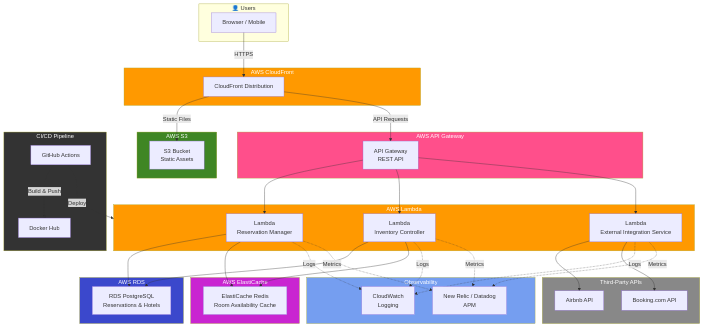
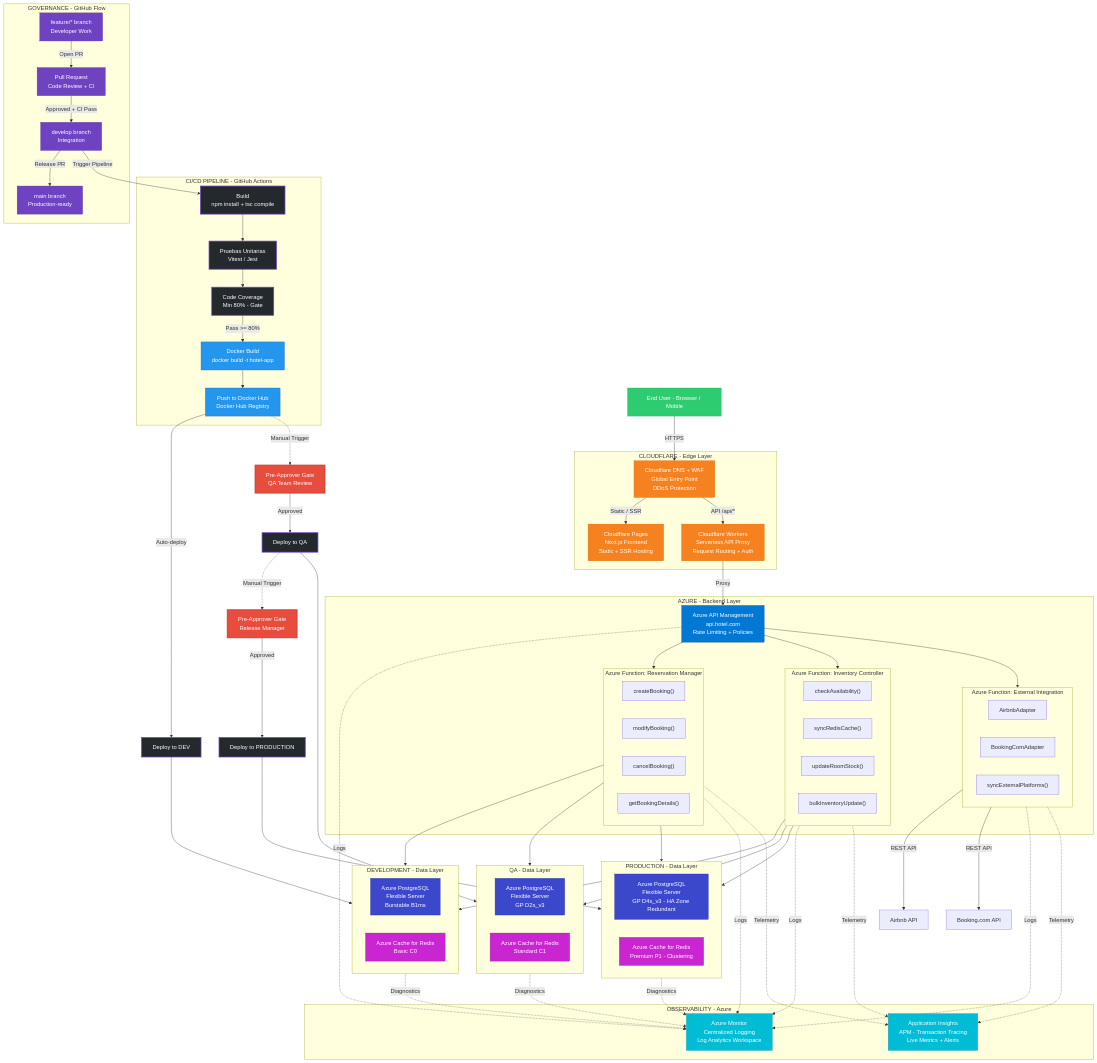
The diagram in docs/architecture-mermaid.md (Danieltlacuache/DevOps_Project), drawn with Mermaid before and after one commit. The commit also changed other lines of this file and 2 other files, not shown here.

Commit message:
design submission

````diff
--- a/docs/architecture-mermaid.md
+++ b/docs/architecture-mermaid.md
@@ -3,78 +13,131 @@
 ```mermaid
 graph TB
-    subgraph Users["👤 Users"]
-        Browser["Browser / Mobile"]
+    classDef azure fill:#0078d4,color:#fff,stroke:#005a9e,stroke-width:1px
+    classDef cf fill:#f6821f,color:#fff,stroke:#d4700e,stroke-width:1px
+    classDef db fill:#3b48cc,color:#fff,stroke:#2a35a0,stroke-width:1px
+    classDef cache fill:#c925d1,color:#fff,stroke:#9e1ea8,stroke-width:1px
+    classDef cicd fill:#24292e,color:#fff,stroke:#6f42c1,stroke-width:2px
+    classDef gate fill:#e74c3c,color:#fff,stroke:#c0392b,stroke-width:2px
+    classDef obs fill:#00bcd4,color:#fff,stroke:#0097a7,stroke-width:1px
+    classDef git fill:#6f42c1,color:#fff,stroke:#5a32a3,stroke-width:1px
+    classDef user fill:#2ecc71,color:#fff,stroke:#27ae60,stroke-width:1px
+    classDef docker fill:#2496ed,color:#fff,stroke:#1a6fb5,stroke-width:1px
+
+    EndUser["End User - Browser / Mobile"]:::user
+
+    subgraph EdgeLayer["CLOUDFLARE - Edge Layer"]
+        CFDNS["Cloudflare DNS + WAF<br/>Global Entry Point<br/>DDoS Protection"]:::cf
+        CFPages["Cloudflare Pages<br/>Next.js Frontend<br/>Static + SSR Hosting"]:::cf
+        CFWorkers["Cloudflare Workers<br/>Serverless API Proxy<br/>Request Routing + Auth"]:::cf
     end
 
-    subgraph CDN["AWS CloudFront"]
-        CF["CloudFront Distribution"]
+    EndUser -->|"HTTPS"| CFDNS
+    CFDNS -->|"Static / SSR"| CFPages
+    CFDNS -->|"API /api/*"| CFWorkers
+
+    subgraph BackendLayer["AZURE - Backend Layer"]
+        APIM["Azure API Management<br/>api.hotel.com<br/>Rate Limiting + Policies"]:::azure
+
+        subgraph FN_Reservation["Azure Function: Reservation Manager"]
+            FN_R1["createBooking()"]
+            FN_R2["modifyBooking()"]
+            FN_R3["cancelBooking()"]
+            FN_R4["getBookingDetails()"]
+        end
+
+        subgraph FN_Inventory["Azure Function: Inventory Controller"]
+            FN_I1["checkAvailability()"]
+            FN_I2["syncRedisCache()"]
+            FN_I3["updateRoomStock()"]
+            FN_I4["bulkInventoryUpdate()"]
+        end
+
+        subgraph FN_Integration["Azure Function: External Integration"]
+            FN_E1["AirbnbAdapter"]
+            FN_E2["BookingComAdapter"]
+            FN_E3["syncExternalPlatforms()"]
+        end
     end
 
-    subgraph Static["AWS S3"]
-        S3["S3 Bucket<br/>Static Assets"]
+    CFWorkers -->|"Proxy"| APIM
+    APIM --> FN_Reservation
+    APIM --> FN_Inventory
+    APIM --> FN_Integration
+    FN_Integration -->|"REST API"| ExtAirbnb["Airbnb API"]
+    FN_Integration -->|"REST API"| ExtBooking["Booking.com API"]
+
+    subgraph DevData["DEVELOPMENT - Data Layer"]
+        DevPG["Azure PostgreSQL<br/>Flexible Server<br/>Burstable B1ms"]:::db
+        DevRedis["Azure Cache for Redis<br/>Basic C0"]:::cache
     end
 
-    subgraph API["AWS API Gateway"]
-        APIGW["API Gateway<br/>REST API"]
+    subgraph QAData["QA - Data Layer"]
+        QAPG["Azure PostgreSQL<br/>Flexible Server<br/>GP D2s_v3"]:::db
+        QARedis["Azure Cache for Redis<br/>Standard C1"]:::cache
     end
 
-    subgraph Compute["AWS Lambda"]
-        L1["Lambda<br/>Reservation Manager"]
-        L2["Lambda<br/>Inventory Controller"]
-        L3["Lambda<br/>External Integration Service"]
+    subgraph ProdData["PRODUCTION - Data Layer"]
+        ProdPG["Azure PostgreSQL<br/>Flexible Server<br/>GP D4s_v3 - HA Zone Redundant"]:::db
+        ProdRedis["Azure Cache for Redis<br/>Premium P1 - Clustering"]:::cache
     end
 
-    subgraph Cache["AWS ElastiCache"]
-        Redis["ElastiCache Redis<br/>Room Availability Cache"]
+    FN_Reservation --> DevData
+    FN_Reservation --> QAData
+    FN_Reservation --> ProdData
+    FN_Inventory --> DevData
+    FN_Inventory --> QAData
+    FN_Inventory --> ProdData
+
+    subgraph Pipeline["CI/CD PIPELINE - GitHub Actions"]
+        P_Build["Build<br/>npm install + tsc compile"]:::cicd
+        P_Test["Pruebas Unitarias<br/>Vitest / Jest"]:::cicd
+        P_Coverage["Code Coverage<br/>Min 80% - Gate"]:::cicd
+        P_Docker["Docker Build<br/>docker build -t hotel-app"]:::docker
+        P_Push["Push to Docker Hub<br/>Docker Hub Registry"]:::docker
     end
 
-    subgraph Database["AWS RDS"]
-        RDS["RDS PostgreSQL<br/>Reservations & Hotels"]
+    P_Build --> P_Test
+    P_Test --> P_Coverage
+    P_Coverage -->|"Pass >= 80%"| P_Docker
+    P_Docker --> P_Push
+
+    P_Push -->|"Auto-deploy"| DeployDev["Deploy to DEV"]:::cicd
+    P_Push -.->|"Manual Trigger"| GateQA
+    GateQA["Pre-Approver Gate<br/>QA Team Review"]:::gate
+    GateQA -->|"Approved"| DeployQA["Deploy to QA"]:::cicd
+    DeployQA -.->|"Manual Trigger"| GateProd
+    GateProd["Pre-Approver Gate<br/>Release Manager"]:::gate
+    GateProd -->|"Approved"| DeployProd["Deploy to PRODUCTION"]:::cicd
+
+    DeployDev --> DevData
+    DeployQA --> QAData
+    DeployProd --> ProdData
+
+    subgraph Branching["GOVERNANCE - GitHub Flow"]
+        B_Feature["feature/* branch<br/>Developer Work"]:::git
+        B_PR["Pull Request<br/>Code Review + CI"]:::git
+        B_Develop["develop branch<br/>Integration"]:::git
+        B_Main["main branch<br/>Production-ready"]:::git
     end
 
-    subgraph Monitoring["Observability"]
-        CW["CloudWatch<br/>Logging"]
-        APM["New Relic / Datadog<br/>APM"]
+    B_Feature -->|"Open PR"| B_PR
+    B_PR -->|"Approved + CI Pass"| B_Develop
+    B_Develop -->|"Release PR"| B_Main
+    B_Develop -->|"Trigger Pipeline"| P_Build
+
+    subgraph Observability["OBSERVABILITY - Azure"]
+        O_Monitor["Azure Monitor<br/>Centralized Logging<br/>Log Analytics Workspace"]:::obs
+        O_Insights["Application Insights<br/>APM - Transaction Tracing<br/>Live Metrics + Alerts"]:::obs
     end
 
-    subgraph External["Third-Party APIs"]
-        Airbnb["Airbnb API"]
-        Booking["Booking.com API"]
-    end
-
-    subgraph CICD["CI/CD Pipeline"]
-        GH["GitHub Actions"]
-        Docker["Docker Hub"]
-    end
-
-    Browser -->|"HTTPS"| CF
-    CF -->|"Static Files"| S3
-    CF -->|"API Requests"| APIGW
-    APIGW --> L1
-    APIGW --> L2
-    APIGW --> L3
-    L1 --> RDS
-    L1 --> Redis
-    L2 --> RDS
-    L2 --> Redis
-    L3 --> Airbnb
-    L3 --> Booking
-    L1 -.->|"Logs"| CW
-    L2 -.->|"Logs"| CW
-    L3 -.->|"Logs"| CW
-    L1 -.->|"Metrics"| APM
-    L2 -.->|"Metrics"| APM
-    L3 -.->|"Metrics"| APM
-    GH -->|"Build & Push"| Docker
-    GH -->|"Deploy"| Compute
-
-    style CDN fill:#ff9900,color:#fff
-    style Static fill:#3f8624,color:#fff
-    style API fill:#ff4f8b,color:#fff
-    style Compute fill:#ff9900,color:#fff
-    style Cache fill:#c925d1,color:#fff
-    style Database fill:#3b48cc,color:#fff
-    style Monitoring fill:#759ef0,color:#fff
-    style External fill:#888,color:#fff
-    style CICD fill:#333,color:#fff
+    FN_Reservation -.->|"Logs"| O_Monitor
+    FN_Inventory -.->|"Logs"| O_Monitor
+    FN_Integration -.->|"Logs"| O_Monitor
+    APIM -.->|"Logs"| O_Monitor
+    FN_Reservation -.->|"Telemetry"| O_Insights
+    FN_Inventory -.->|"Telemetry"| O_Insights
+    FN_Integration -.->|"Telemetry"| O_Insights
+    DevData -.->|"Diagnostics"| O_Monitor
+    QAData -.->|"Diagnostics"| O_Monitor
+    ProdData -.->|"Diagnostics"| O_Monitor
 ```
````
